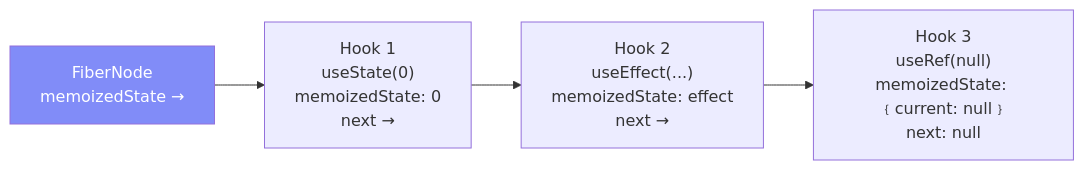
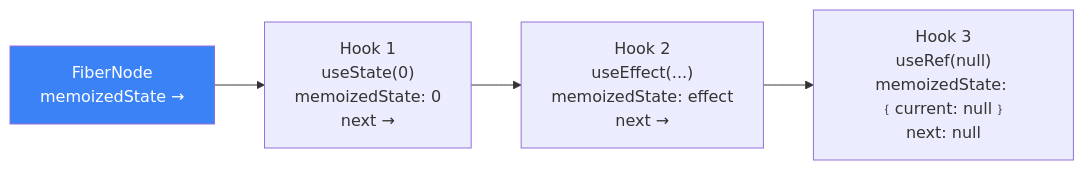
One commit to boltguo/react_learn changed the fifth of 7 diagrams in docs/Lesson_30.md. Above: the diagram before and after it, drawn with Mermaid. The commit also changed other lines of this file and 31 other files, not shown here.

Commit message:
docs: 统一Mermaid术语与配色层级

````diff
--- a/docs/Lesson_30.md
+++ b/docs/Lesson_30.md
@@ -237,11 +249,11 @@
 ```mermaid
 flowchart LR
     Fiber["FiberNode<br/>memoizedState →"]
     H1["Hook 1<br/>useState(0)<br/>memoizedState: 0<br/>next →"]
     H2["Hook 2<br/>useEffect(...)<br/>memoizedState: effect<br/>next →"]
     H3["Hook 3<br/>useRef(null)<br/>memoizedState: ﹛current: null﹜<br/>next: null"]
     
     Fiber --> H1 --> H2 --> H3
     
-    style Fiber fill:#818cf8,color:#fff
+    style Fiber fill:#3b82f6,color:#fff
 ```
````
